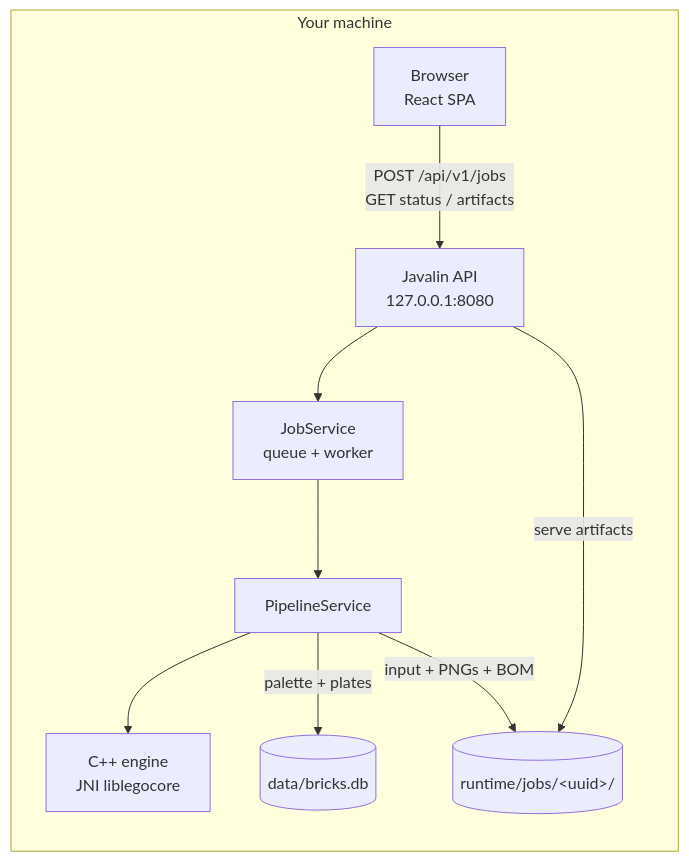
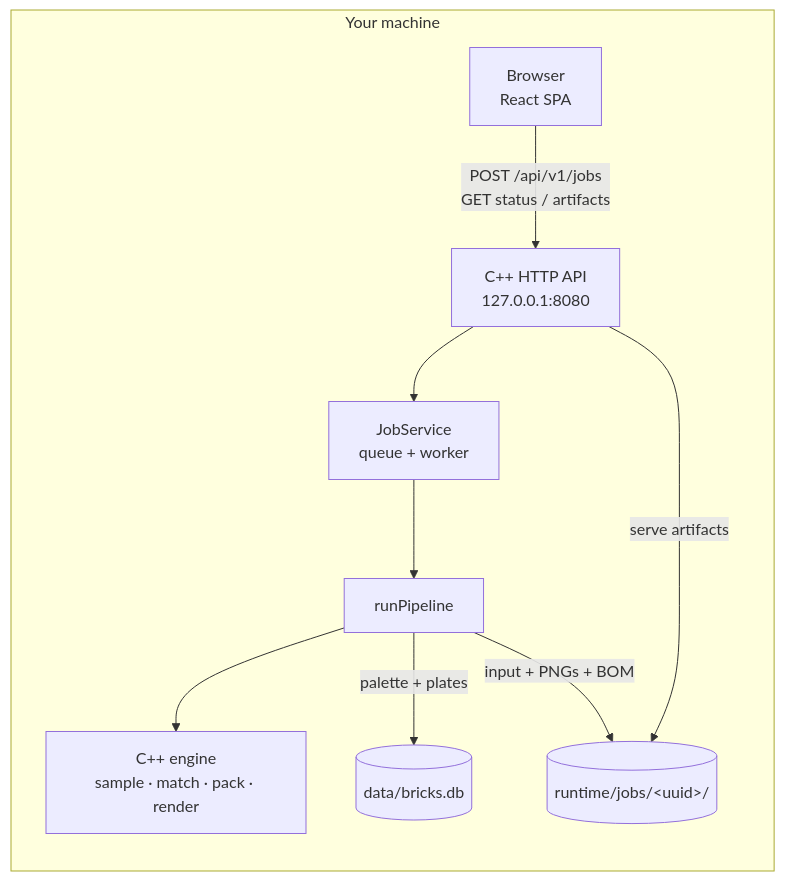
The first of 7 diagrams in ARCHITECTURE.md (WesJennings/LegoPictureGenerator), drawn with Mermaid before and after one commit. The commit also changed other lines of this file and 93 other files, not shown here.

````diff
--- a/ARCHITECTURE.md
+++ b/ARCHITECTURE.md
@@ -14,20 +14,20 @@
 ```mermaid
 flowchart LR
   subgraph machine["Your machine"]
     Browser["Browser<br/>React SPA"]
-    API["Javalin API<br/>127.0.0.1:8080"]
+    API["C++ HTTP API<br/>127.0.0.1:8080"]
     Jobs["JobService<br/>queue + worker"]
-    Pipe["PipelineService"]
-    Native["C++ engine<br/>JNI liblegocore"]
+    Pipe["runPipeline"]
+    Native["C++ engine<br/>sample · match · pack · render"]
     DB[("data/bricks.db")]
     Disk[("runtime/jobs/&lt;uuid&gt;/")]
 
     Browser -->|"POST /api/v1/jobs<br/>GET status / artifacts"| API
     API --> Jobs
     Jobs --> Pipe
     Pipe --> Native
     Pipe -->|palette + plates| DB
     Pipe -->|input + PNGs + BOM| Disk
     API -->|serve artifacts| Disk
   end
 ```
````
